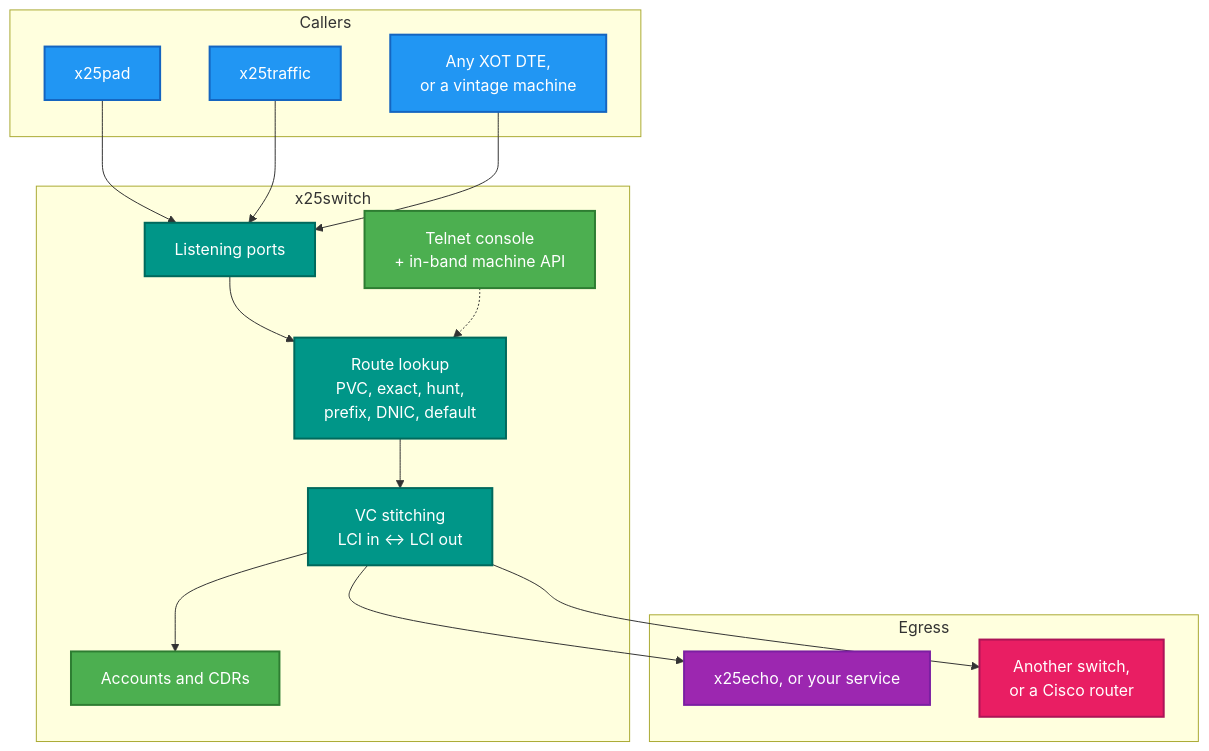
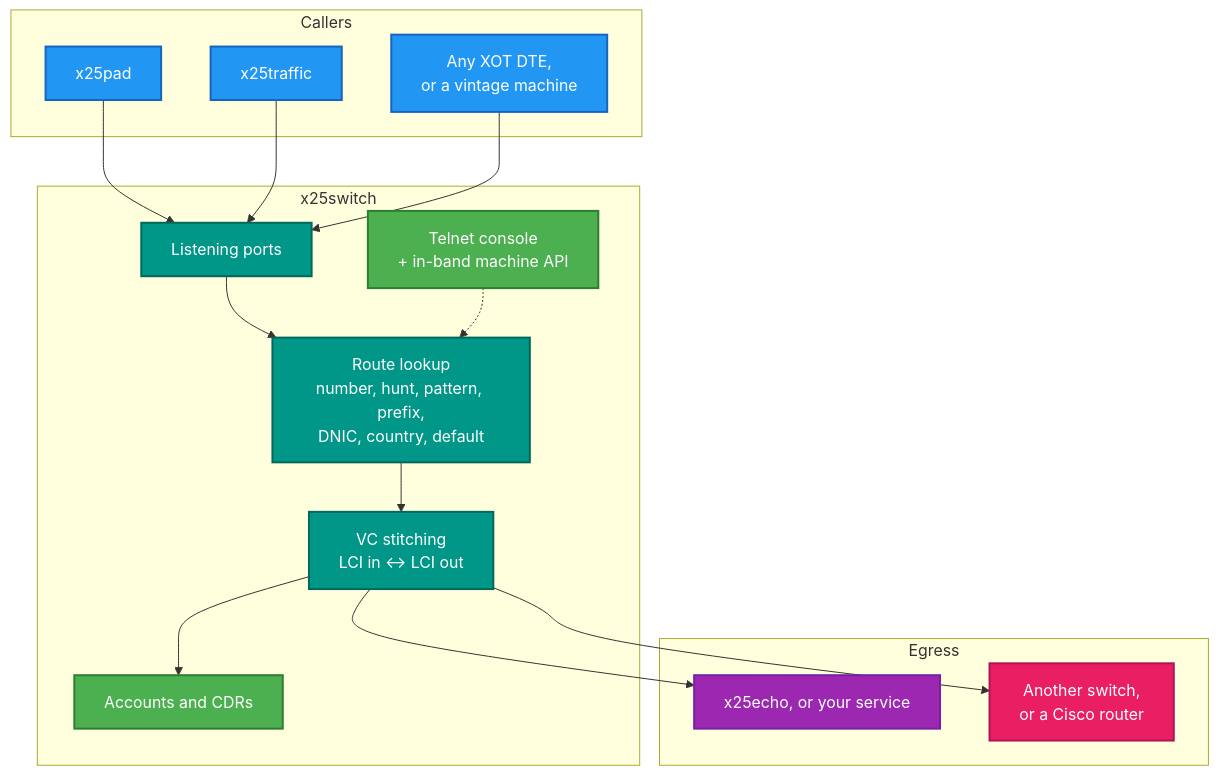
One commit to RetroCoreLabs/RetroX25 changed the first of 3 diagrams in src/RetroX25.Switch/README.md. Above: the diagram before and after it, drawn with Mermaid. The commit also changed other lines of this file and 21 other files, not shown here.

````diff
--- a/src/RetroX25.Switch/README.md
+++ b/src/RetroX25.Switch/README.md
@@ -77,42 +131,42 @@
 ```mermaid
 flowchart TB
     subgraph ACCESS["Callers"]
         PAD["x25pad"]
         TRAF["x25traffic"]
         DTE["Any XOT DTE,<br/>or a vintage machine"]
     end
 
     subgraph NODE["x25switch"]
         LISTEN["Listening ports"]
-        ROUTE["Route lookup<br/>PVC, exact, hunt,<br/>prefix, DNIC, default"]
+        ROUTE["Route lookup<br/>number, hunt, pattern, prefix,<br/>DNIC, country, default"]
         STITCH["VC stitching<br/>LCI in &lt;-&gt; LCI out"]
         ACCT["Accounts and CDRs"]
         MGMT["Telnet console<br/>+ in-band machine API"]
     end
 
     subgraph OUT["Egress"]
         ECHO["x25echo, or your service"]
         TRUNK["Another switch,<br/>or a Cisco router"]
     end
 
     PAD --> LISTEN
     TRAF --> LISTEN
     DTE --> LISTEN
     LISTEN --> ROUTE --> STITCH
     STITCH --> ECHO
     STITCH --> TRUNK
     STITCH --> ACCT
     MGMT -.-> ROUTE
 
     classDef access fill:#2196F3,stroke:#1565C0,stroke-width:2px,color:#fff
     classDef core   fill:#009688,stroke:#00695C,stroke-width:2px,color:#fff
     classDef ok     fill:#4CAF50,stroke:#2E7D32,stroke-width:2px,color:#fff
     classDef svc    fill:#9C27B0,stroke:#7B1FA2,stroke-width:2px,color:#fff
     classDef ext    fill:#E91E63,stroke:#AD1457,stroke-width:2px,color:#fff
 
     class PAD,TRAF,DTE access
     class LISTEN,ROUTE,STITCH core
     class ACCT,MGMT ok
     class ECHO svc
     class TRUNK ext
 ```
````
